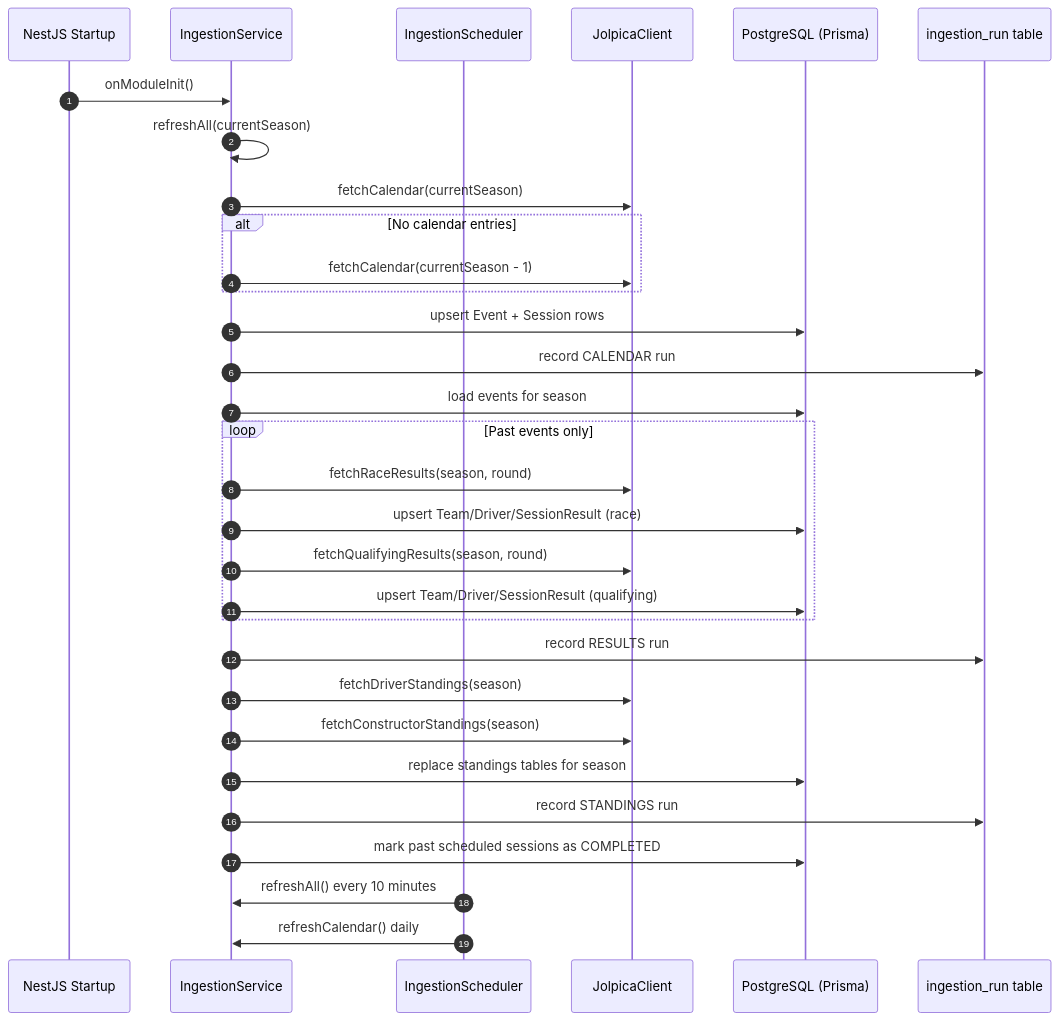
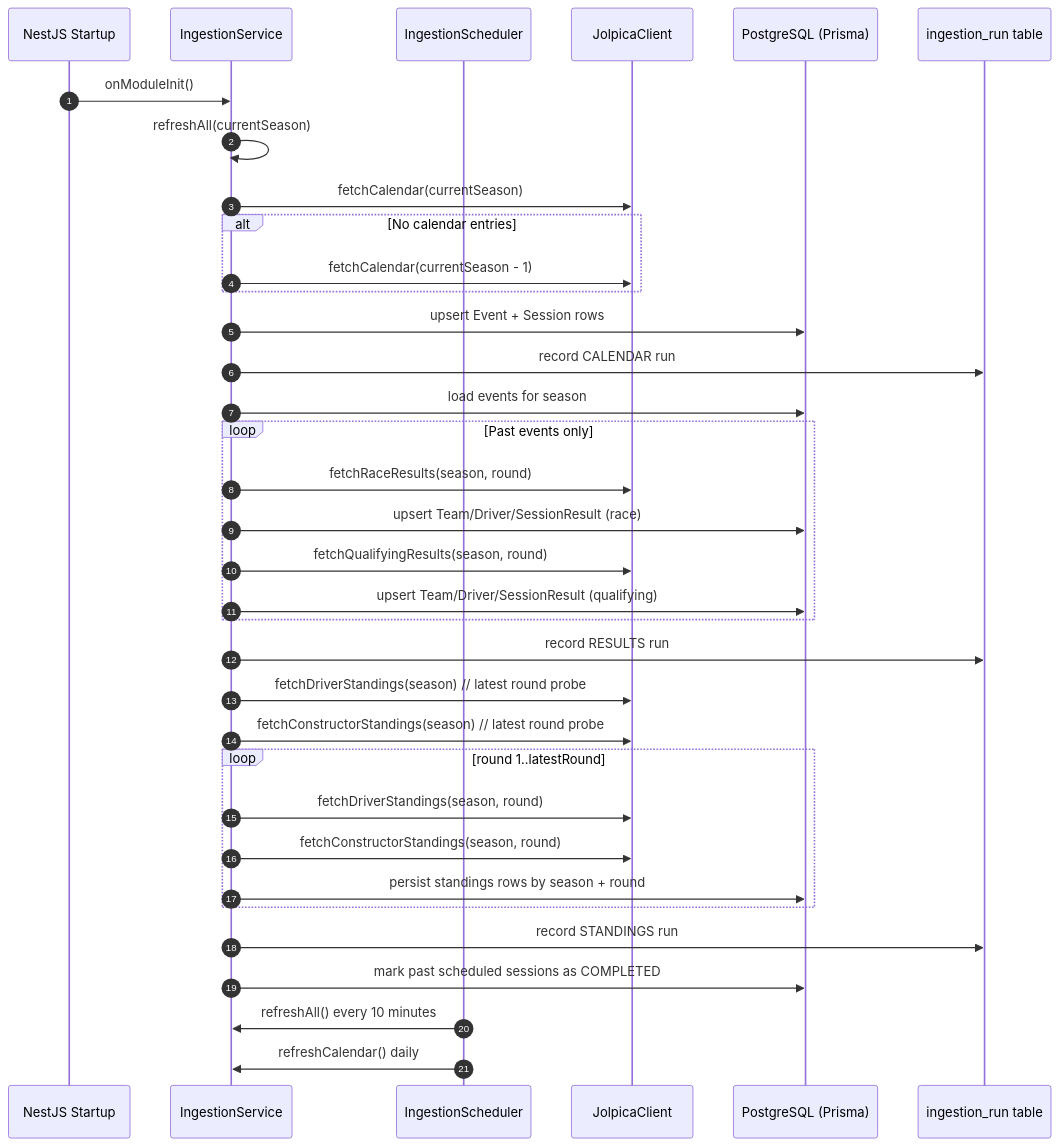
Before and after one commit to wocampodev/f1-vibetiming: the diagram in docs/architecture/03-ingestion-sequence.md, drawn with Mermaid. The commit also changed 2 other files, not shown here.

Commit message:
docs(architecture): align standings flow with round history
Documenting the round-by-round standings ingestion and query path keeps architecture guidance consistent with the provider-first runtime and prevents stale planning terminology from drifting back in.

````diff
--- a/docs/architecture/03-ingestion-sequence.md
+++ b/docs/architecture/03-ingestion-sequence.md
@@ -5,37 +5,41 @@
 ```mermaid
 sequenceDiagram
   autonumber
   participant Boot as NestJS Startup
   participant Svc as IngestionService
   participant Cron as IngestionScheduler
   participant Provider as JolpicaClient
   participant DB as PostgreSQL (Prisma)
   participant Runs as ingestion_run table
 
   Boot->>Svc: onModuleInit()
   Svc->>Svc: refreshAll(currentSeason)
   Svc->>Provider: fetchCalendar(currentSeason)
   alt No calendar entries
     Svc->>Provider: fetchCalendar(currentSeason - 1)
   end
   Svc->>DB: upsert Event + Session rows
   Svc->>Runs: record CALENDAR run
 
   Svc->>DB: load events for season
   loop Past events only
     Svc->>Provider: fetchRaceResults(season, round)
     Svc->>DB: upsert Team/Driver/SessionResult (race)
     Svc->>Provider: fetchQualifyingResults(season, round)
     Svc->>DB: upsert Team/Driver/SessionResult (qualifying)
   end
   Svc->>Runs: record RESULTS run
 
-  Svc->>Provider: fetchDriverStandings(season)
-  Svc->>Provider: fetchConstructorStandings(season)
-  Svc->>DB: replace standings tables for season
+  Svc->>Provider: fetchDriverStandings(season) // latest round probe
+  Svc->>Provider: fetchConstructorStandings(season) // latest round probe
+  loop round 1..latestRound
+    Svc->>Provider: fetchDriverStandings(season, round)
+    Svc->>Provider: fetchConstructorStandings(season, round)
+    Svc->>DB: persist standings rows by season + round
+  end
   Svc->>Runs: record STANDINGS run
   Svc->>DB: mark past scheduled sessions as COMPLETED
 
   Cron->>Svc: refreshAll() every 10 minutes
   Cron->>Svc: refreshCalendar() daily
 ```
````
